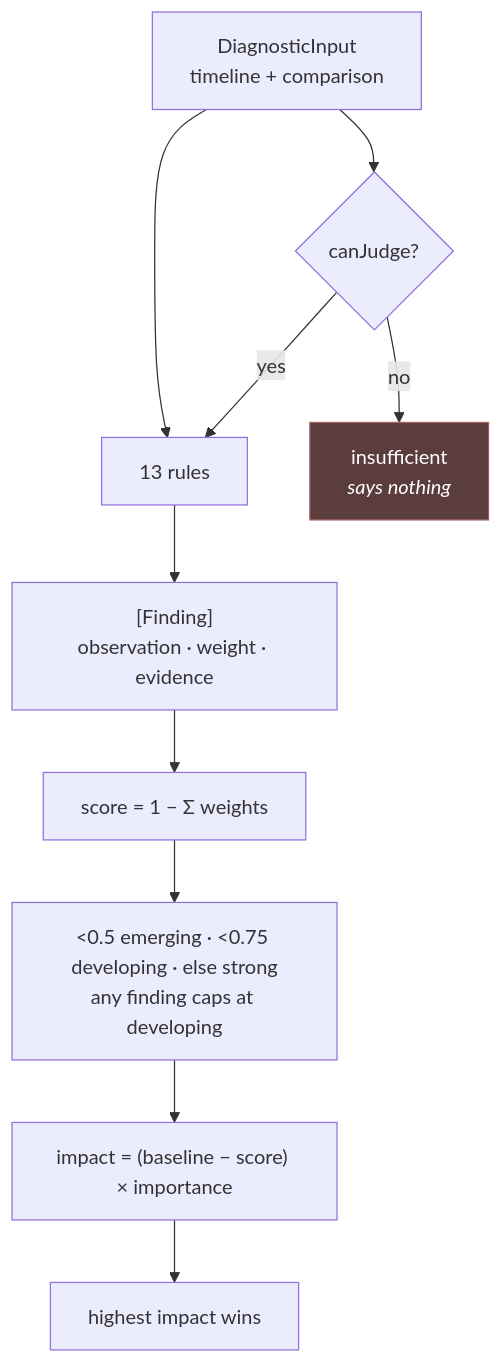
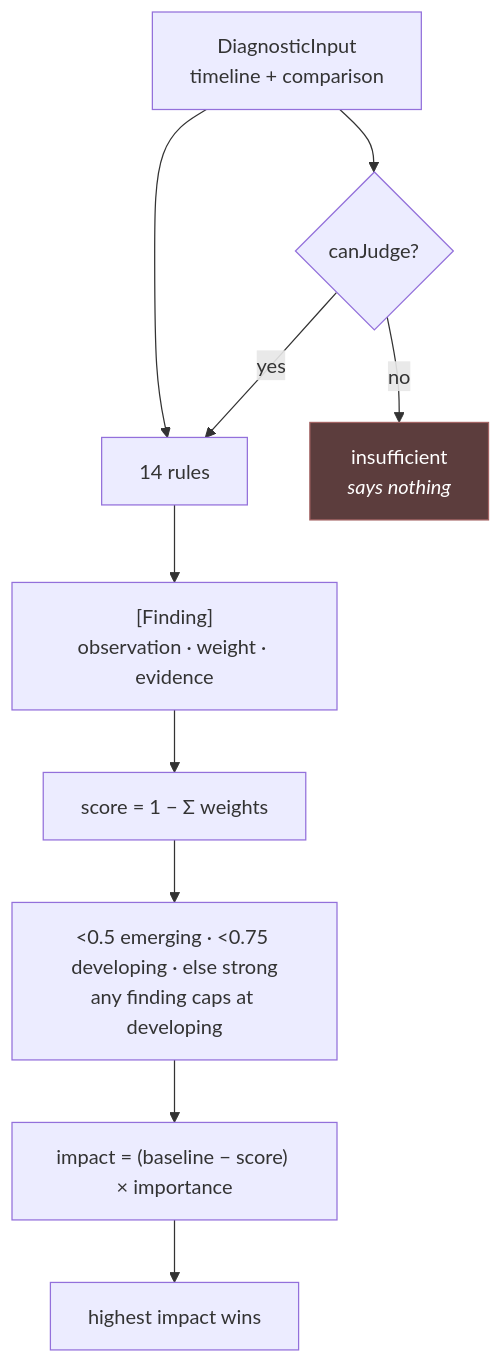
The fourth of 5 diagrams in Conteur/Core/README.md (UjjawalPrabhat/conteur), drawn with Mermaid before and after one commit. The commit also changed other lines of this file and 1 other file, not shown here.

````diff
--- a/Conteur/Core/README.md
+++ b/Conteur/Core/README.md
@@ -188,14 +190,14 @@
 ```mermaid
 flowchart TD
-    input["DiagnosticInput<br/>timeline + comparison"] --> r["13 rules"]
+    input["DiagnosticInput<br/>timeline + comparison"] --> r["14 rules"]
     r --> f["[Finding]<br/>observation · weight · evidence"]
     input --> judge{"canJudge?"}
     judge -->|no| ins["insufficient<br/><i>says nothing</i>"]
     judge -->|yes| r
     f --> sc["score = 1 − Σ weights"]
     sc --> band["&lt;0.5 emerging · &lt;0.75 developing · else strong<br/>any finding caps at developing"]
     band --> imp["impact = (baseline − score) × importance"]
     imp --> focus["highest impact wins"]
 
     style ins fill:#5c3d3d,stroke:#a36363,color:#fff
 ```
````
